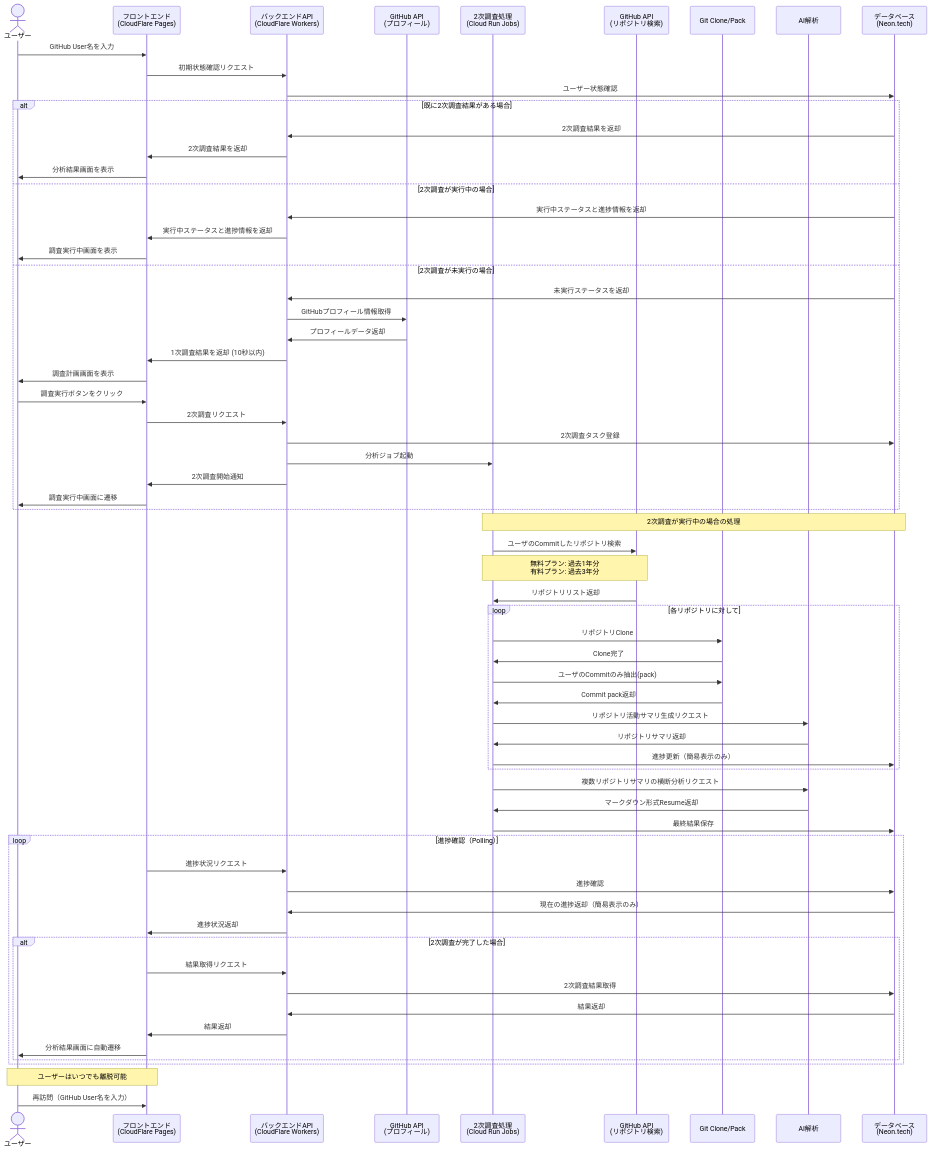
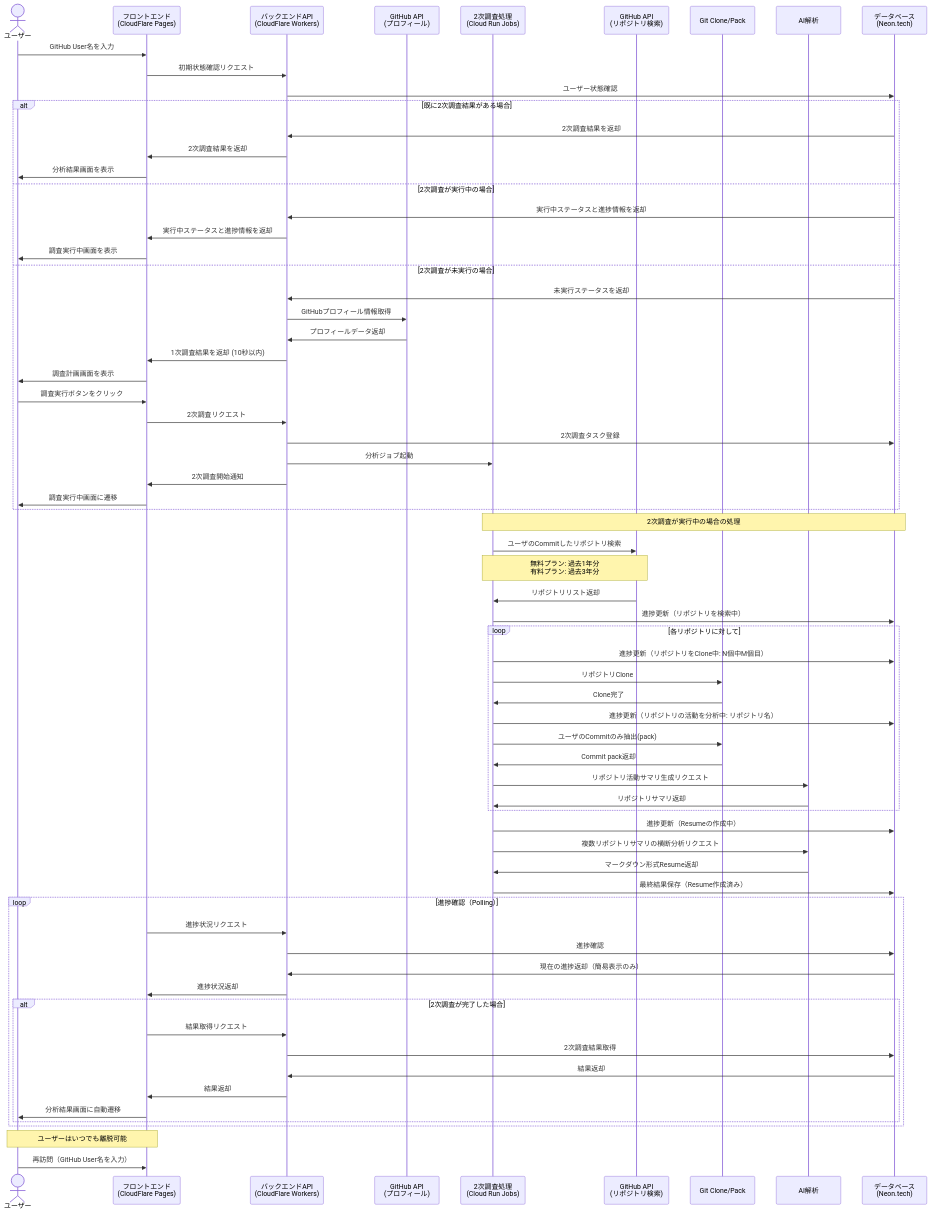
One commit to ToyB0x/git-resume changed the diagram in docs/epic/deep-research-architecture-and-design/README.md. Above: the diagram before and after it, drawn with Mermaid. The commit also changed other lines of this file, not shown here.

```diff
--- a/docs/epic/deep-research-architecture-and-design/README.md
+++ b/docs/epic/deep-research-architecture-and-design/README.md
@@ -195,20 +202,24 @@
     Job->>GH2: ユーザのCommitしたリポジトリ検索
     Note over Job,GH2: 無料プラン: 過去1年分<br>有料プラン: 過去3年分
     GH2->>Job: リポジトリリスト返却
+    Job->>DB: 進捗更新（リポジトリを検索中）
     
     loop 各リポジトリに対して
+        Job->>DB: 進捗更新（リポジトリをClone中: N個中M個目）
         Job->>Git: リポジトリClone
         Git->>Job: Clone完了
+        
+        Job->>DB: 進捗更新（リポジトリの活動を分析中: リポジトリ名）
         Job->>Git: ユーザのCommitのみ抽出(pack)
         Git->>Job: Commit pack返却
         Job->>AI: リポジトリ活動サマリ生成リクエスト
         AI->>Job: リポジトリサマリ返却
-        Job->>DB: 進捗更新（簡易表示のみ）
     end
     
+    Job->>DB: 進捗更新（Resumeの作成中）
     Job->>AI: 複数リポジトリサマリの横断分析リクエスト
     AI->>Job: マークダウン形式Resume返却
-    Job->>DB: 最終結果保存
+    Job->>DB: 最終結果保存（Resume作成済み）
     
     %% 進捗確認（Polling）- 統合版
     loop 進捗確認（Polling）
```
